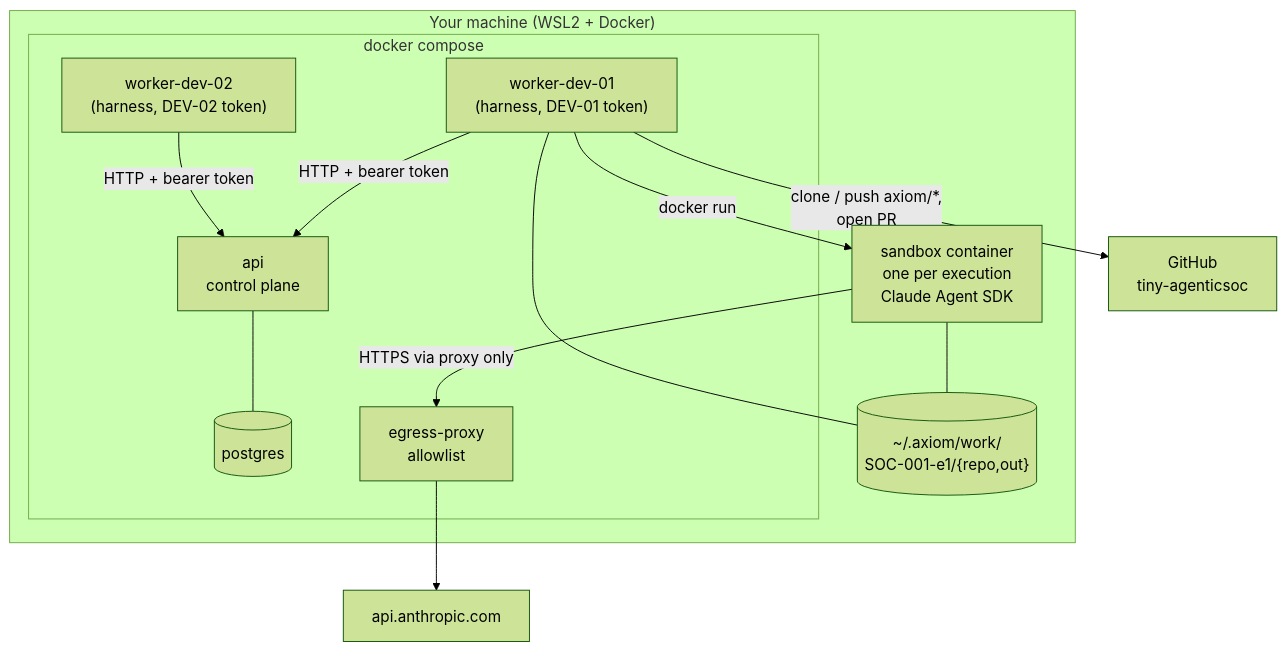
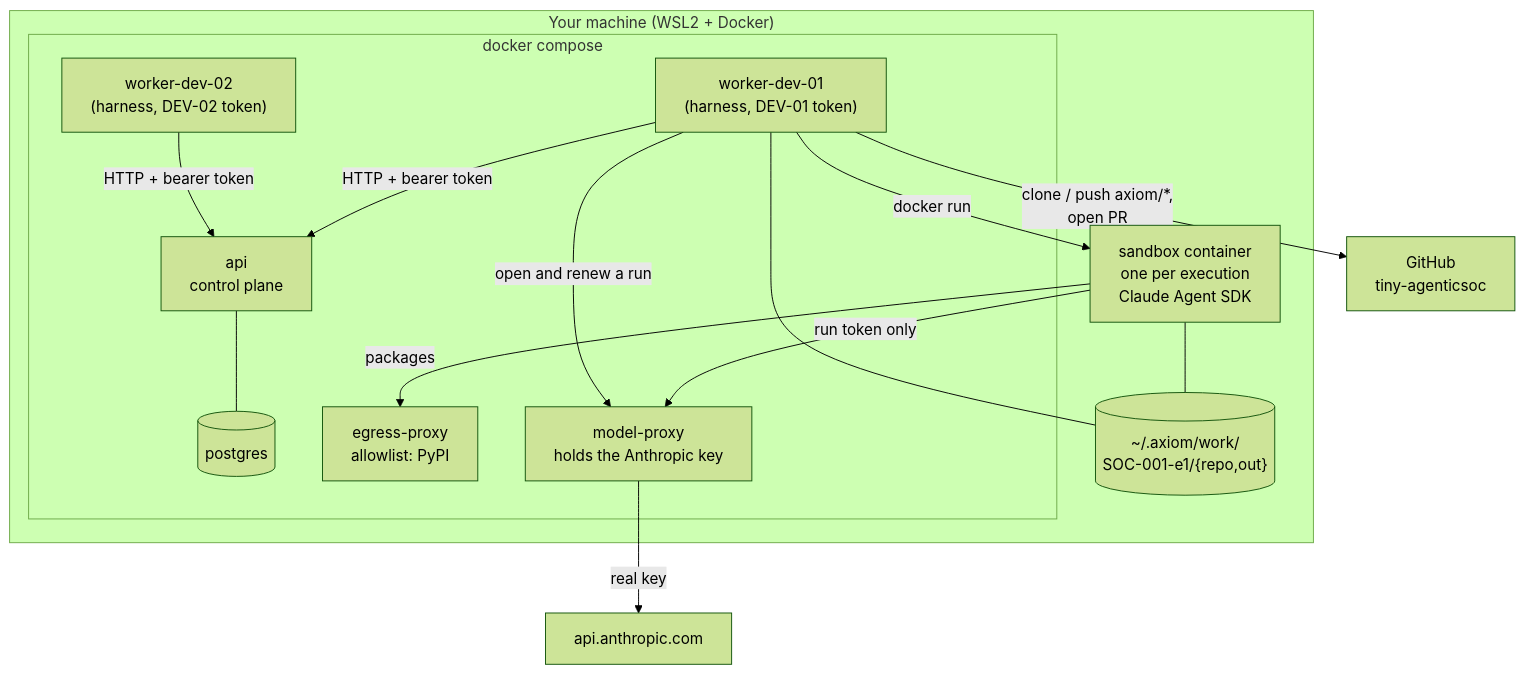
The second of 9 diagrams in docs/guide/11-workers-and-sandbox.md (bharathcmbox/axiom), drawn with Mermaid (forest theme) before and after one commit. The commit also changed other lines of this file and 29 other files, not shown here.

First line of the commit message:
Phase 4 H1: the model proxy holds the Anthropic key (ADR-015)

````diff
--- a/docs/guide/11-workers-and-sandbox.md
+++ b/docs/guide/11-workers-and-sandbox.md
@@ -25,24 +25,27 @@
 ```mermaid
 flowchart TB
     subgraph host["Your machine (WSL2 + Docker)"]
         subgraph compose["docker compose"]
             api["api<br/>control plane"]
             db[(postgres)]
             w1["worker-dev-01<br/>(harness, DEV-01 token)"]
             w2["worker-dev-02<br/>(harness, DEV-02 token)"]
-            proxy["egress-proxy<br/>allowlist"]
+            proxy["egress-proxy<br/>allowlist: PyPI"]
+            mp["model-proxy<br/>holds the Anthropic key"]
         end
         sbx["sandbox container<br/>one per execution<br/>Claude Agent SDK"]
         ws[("~/.axiom/work/<br/>SOC-001-e1/{repo,out}")]
     end
     gh["GitHub<br/>tiny-agenticsoc"]
     anth["api.anthropic.com"]
     w1 -->|"HTTP + bearer token"| api
     w2 -->|"HTTP + bearer token"| api
     api --- db
     w1 -->|"clone / push axiom/*,<br/>open PR"| gh
     w1 -->|"docker run"| sbx
     sbx --- ws
     w1 --- ws
-    sbx -->|"HTTPS via proxy only"| proxy --> anth
+    sbx -->|"run token only"| mp -->|"real key"| anth
+    sbx -->|"packages"| proxy
+    w1 -->|"open and renew a run"| mp
 ```
````
